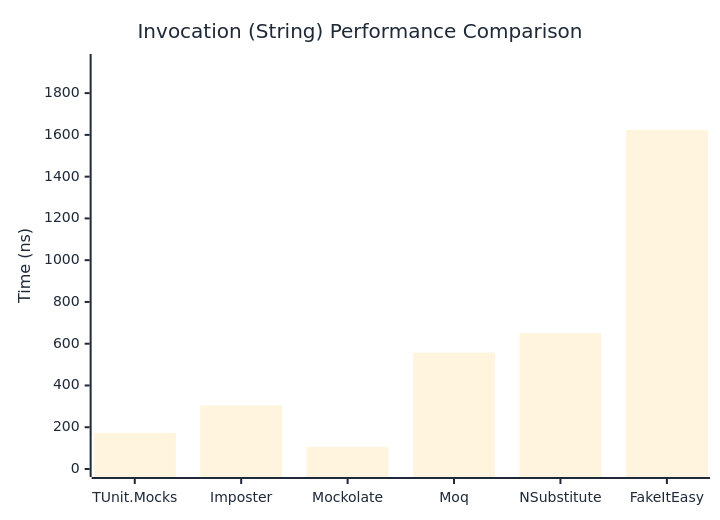
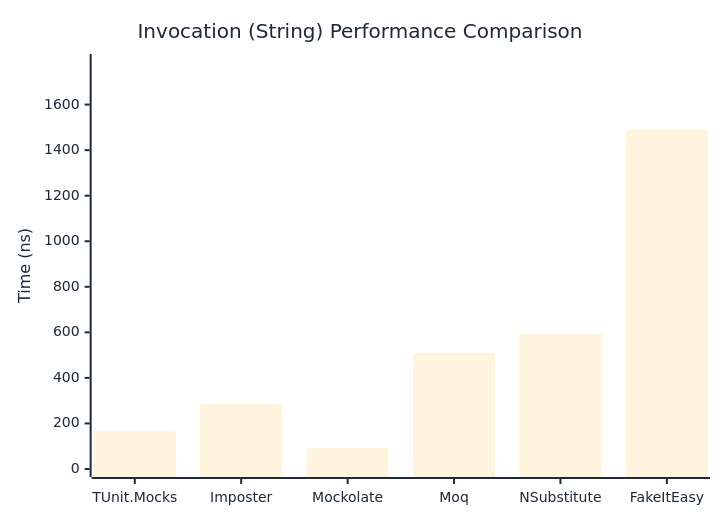
One commit to thomhurst/TUnit changed the second of 3 diagrams in docs/docs/benchmarks/mocks/Invocation.md. Above: the diagram before and after it, drawn with Mermaid. The commit also changed other lines of this file and 14 other files, not shown here.

````diff
--- a/docs/docs/benchmarks/mocks/Invocation.md
+++ b/docs/docs/benchmarks/mocks/Invocation.md
@@ -71,27 +71,27 @@
 ```mermaid
 %%{init: {
   'theme':'base',
   'themeVariables': {
     'primaryColor': '#2563eb',
     'primaryTextColor': '#1f2937',
     'primaryBorderColor': '#1e40af',
     'lineColor': '#6b7280',
     'secondaryColor': '#7c3aed',
     'tertiaryColor': '#dc2626',
     'background': '#ffffff',
     'pie1': '#2563eb',
     'pie2': '#7c3aed',
     'pie3': '#dc2626',
     'pie4': '#f59e0b',
     'pie5': '#10b981',
     'pie6': '#06b6d4',
     'pie7': '#ec4899',
     'pie8': '#6366f1'
   }
 }}%%
 xychart-beta
   title "Invocation (String) Performance Comparison"
   x-axis ["TUnit.Mocks", "Imposter", "Mockolate", "Moq", "NSubstitute", "FakeItEasy"]
-  y-axis "Time (ns)" 0 --> 1949
-  bar [173.4, 304.2, 106.2, 557.7, 650.9, 1623.5]
+  y-axis "Time (ns)" 0 --> 1787
+  bar [165.12, 284.66, 91.01, 509.75, 593.75, 1489.09]
 ```
````
